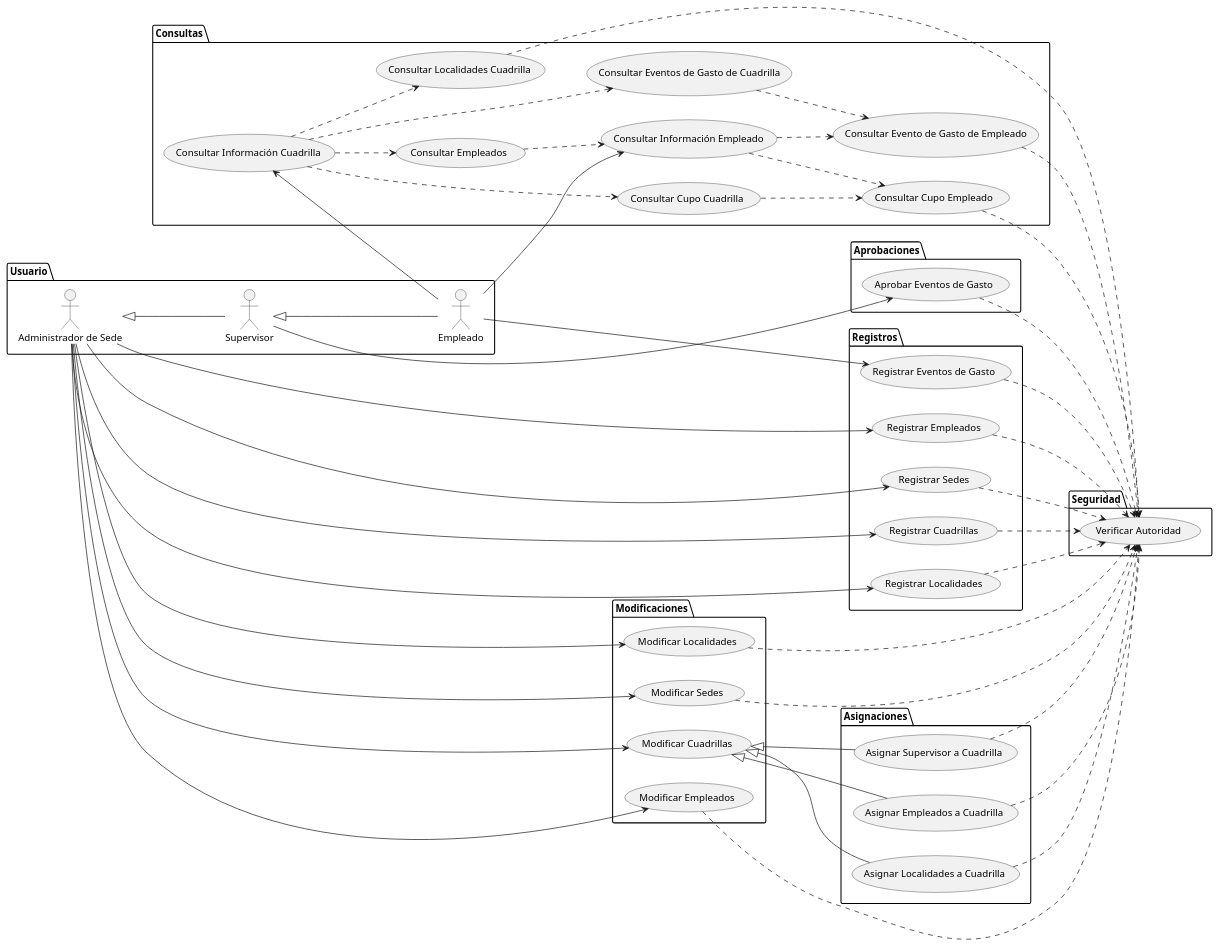
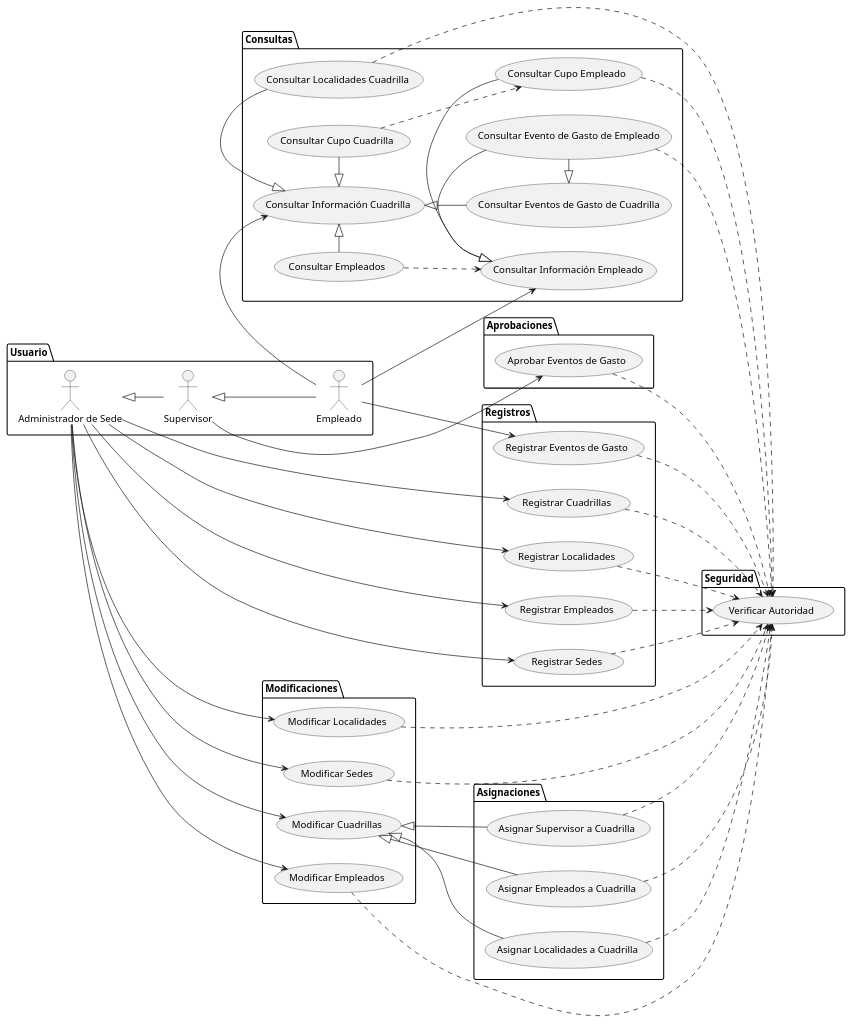
One commit to sfelipehh/ProgramacionAplicada changed the diagram in DiagramaCasosDeUso.puml. Above: the diagram before and after it, drawn with PlantUML. The commit also changed 1 other file, not shown here.

Commit message:
Más Diagramas de Secuencia

```diff
--- a/DiagramaCasosDeUso.puml
+++ b/DiagramaCasosDeUso.puml
@@ -1,104 +1,104 @@
 @startuml
 'https://plantuml.com/use-case-diagram
 left to right direction
 
 package Usuario {
     actor "Administrador de Sede" as A
     actor "Supervisor" as S
     actor "Empleado" as E
 }
 
 package Consultas {
     usecase "Consultar Información Empleado" as C1
     usecase "Consultar Información Cuadrilla" as C2
     usecase "Consultar Cupo Empleado" as C3
     usecase "Consultar Empleados" as C4
     usecase "Consultar Cupo Cuadrilla" as C5
     usecase "Consultar Localidades Cuadrilla" as C6
     usecase "Consultar Evento de Gasto de Empleado" as C7
     usecase "Consultar Eventos de Gasto de Cuadrilla" as C8
 }
 
-C1 ..> C3
-C1 ..> C7
-C2 ..> C4
-C2 ..> C5
-C2 ..> C8
-C2 ..> C6
+C1 <|- C3
+C1 <|- C7
+C2 <|- C4
+C2 <|- C5
+C2 <|- C8
+C2 <|- C6
 C4 ..> C1
 C5 ..> C3
-C8 ..> C7
+C8 <|- C7
 package Registros {
     usecase "Registrar Empleados" as R1
     usecase "Registrar Sedes" as R2
     usecase "Registrar Cuadrillas" as R3
     usecase "Registrar Localidades" as R4
     usecase "Registrar Eventos de Gasto" as R5
 }
 
 package Modificaciones {
     usecase "Modificar Empleados" as M1
     usecase "Modificar Sedes" as M2
     usecase "Modificar Cuadrillas" as M3
     usecase "Modificar Localidades" as M4
 }
 
 package Asignaciones {
     usecase "Asignar Supervisor a Cuadrilla" as A2
     usecase "Asignar Empleados a Cuadrilla" as A3
     usecase "Asignar Localidades a Cuadrilla" as A4
 }
 
 package Aprobaciones {
     usecase "Aprobar Eventos de Gasto" as AA1
 }
 
 package Seguridad {
     usecase "Verificar Autoridad" as S1
 }
 
 
 A <|-- S
 S <|-- E
 
 'Usos Empleado
 E --> C1
 E --> C2
 E --> R5
 
 'Usos Supervisor
 S --> AA1
 
 'Usos Admin de Sede
 A --> R1
 A --> R2
 A --> R3
 A --> R4
 A --> M1
 A --> M2
 A --> M3
 A --> M4
 'Inclusión de Seguridad
 A2 ..> S1
 A3 ..> S1
 A4 ..> S1
 AA1 ..> S1
 C3 ..> S1
 C6 ..> S1
 C7 ..> S1
 M1 ..> S1
 M2 ..> S1
 M4 ..> S1
 R1 ..> S1
 R2 ..> S1
 R3 ..> S1
 R4 ..> S1
 R5 ..> S1
 
 'Extensión de Asignaciones
 M3 <|-- A2
 M3 <|-- A3
 M3 <|-- A4
 
 
 @enduml
```
